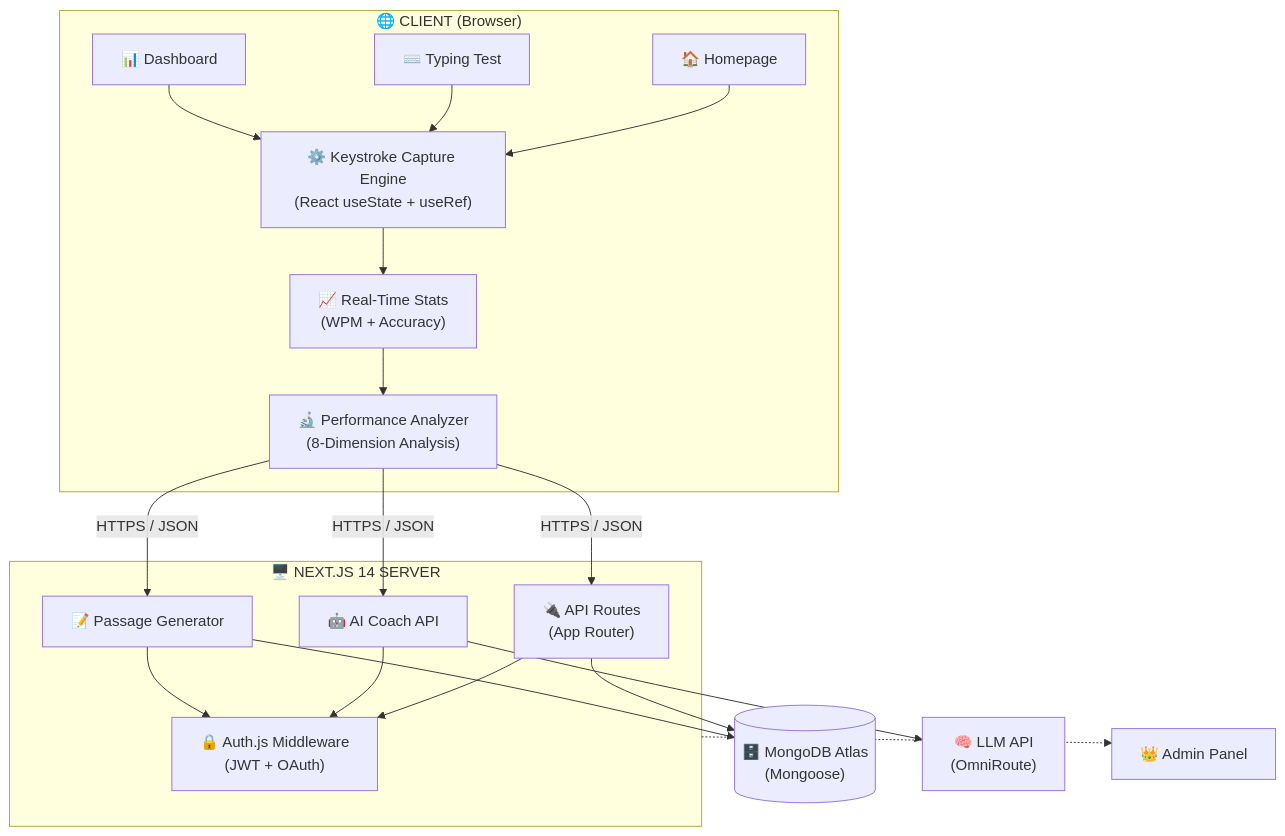
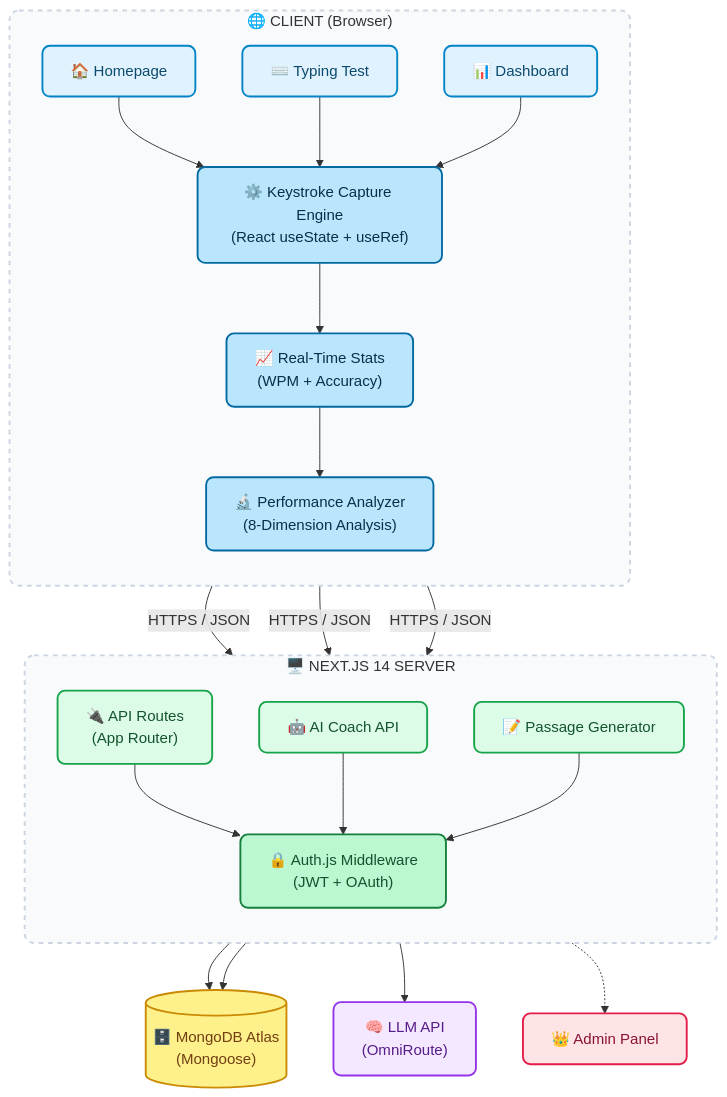
Before and after one commit to maghfoormalkana/KeyCoachAI: the diagram in README.md, drawn with Mermaid.

````diff
--- a/README.md
+++ b/README.md
@@ -70,49 +70,79 @@
 ```mermaid
 flowchart TD
-    %% CLIENT TIER
+    %% ==========================================
+    %% COLOR PALETTE & STYLES
+    %% ==========================================
+    classDef ui fill:#e0f2fe,stroke:#0284c7,stroke-width:2px,color:#0c4a6e,rx:8,ry:8
+    classDef engine fill:#bae6fd,stroke:#0369a1,stroke-width:2px,color:#082f49,rx:8,ry:8
+    classDef api fill:#dcfce7,stroke:#16a34a,stroke-width:2px,color:#14532d,rx:8,ry:8
+    classDef auth fill:#bbf7d0,stroke:#15803d,stroke-width:2px,color:#14532d,rx:8,ry:8
+    classDef db fill:#fef08a,stroke:#ca8a04,stroke-width:2px,color:#713f12
+    classDef ai fill:#f3e8ff,stroke:#9333ea,stroke-width:2px,color:#581c87,rx:8,ry:8
+    classDef admin fill:#ffe4e6,stroke:#e11d48,stroke-width:2px,color:#881337,rx:8,ry:8
+    classDef subGraphStyle fill:#f8fafc,stroke:#cbd5e1,stroke-width:2px,stroke-dasharray: 5 5,rx:10,ry:10
+
+    %% ==========================================
+    %% CLIENT ARCHITECTURE
+    %% ==========================================
     subgraph Client["🌐 CLIENT (Browser)"]
-        Home["🏠 Homepage"]
-        Test["⌨️ Typing Test"]
-        Dash["📊 Dashboard"]
+        direction TB
         
-        Engine["⚙️ Keystroke Capture Engine<br/>(React useState + useRef)"]
-        Stats["📈 Real-Time Stats<br/>(WPM + Accuracy)"]
-        Analyzer["🔬 Performance Analyzer<br/>(8-Dimension Analysis)"]
+        %% UI Layer
+        Home["🏠 Homepage"]:::ui
+        Test["⌨️ Typing Test"]:::ui
+        Dash["📊 Dashboard"]:::ui
         
-        Home --> Engine
-        Test --> Engine
-        Dash --> Engine
+        %% Engine Layer
+        Engine["⚙️ Keystroke Capture Engine<br/>(React useState + useRef)"]:::engine
+        Stats["📈 Real-Time Stats<br/>(WPM + Accuracy)"]:::engine
+        Analyzer["🔬 Performance Analyzer<br/>(8-Dimension Analysis)"]:::engine
         
+        %% Client Internal Flow
+        Home & Test & Dash --> Engine
         Engine --> Stats
         Stats --> Analyzer
     end
 
-    %% SERVER TIER
+    %% ==========================================
+    %% SERVER ARCHITECTURE
+    %% ==========================================
     subgraph Server["🖥️ NEXT.JS 14 SERVER"]
-        API["🔌 API Routes<br/>(App Router)"]
-        Coach["🤖 AI Coach API"]
-        Passage["📝 Passage Generator"]
+        direction TB
         
-        Auth["🔒 Auth.js Middleware<br/>(JWT + OAuth)"]
+        API["🔌 API Routes<br/>(App Router)"]:::api
+        Coach["🤖 AI Coach API"]:::api
+        Passage["📝 Passage Generator"]:::api
         
-        API --> Auth
-        Coach --> Auth
-        Passage --> Auth
+        Auth["🔒 Auth.js Middleware<br/>(JWT + OAuth)"]:::auth
+        
+        %% Server Internal Flow
+        API & Coach & Passage --> Auth
     end
 
-    %% DATA & EXTERNAL SERVICES
-    Mongo[("🗄️ MongoDB Atlas<br/>(Mongoose)")]
-    LLM["🧠 LLM API<br/>(OmniRoute)"]
-    Admin["👑 Admin Panel"]
+    %% ==========================================
+    %% EXTERNAL SERVICES & DATABASES
+    %% ==========================================
+    Mongo[("🗄️ MongoDB Atlas<br/>(Mongoose)")]:::db
+    LLM["🧠 LLM API<br/>(OmniRoute)"]:::ai
+    Admin["👑 Admin Panel"]:::admin
 
-    %% CLIENT -> SERVER ROUTES
+    %% ==========================================
+    %% CROSS-BOUNDARY DATA FLOW
+    %% ==========================================
+    
+    %% Client to Server
     Analyzer -- "HTTPS / JSON" --> API
     Analyzer -- "HTTPS / JSON" --> Coach
     Analyzer -- "HTTPS / JSON" --> Passage
 
-    %% BACKEND -> SERVICES ROUTES
+    %% Server to Services
     API --> Mongo
     Passage --> Mongo
     Coach --> LLM
+    
+    %% Server to Admin
     Server -.-> Admin
+
+    %% Apply dashed styles to the main containers
+    class Client,Server subGraphStyle
 ```
````
